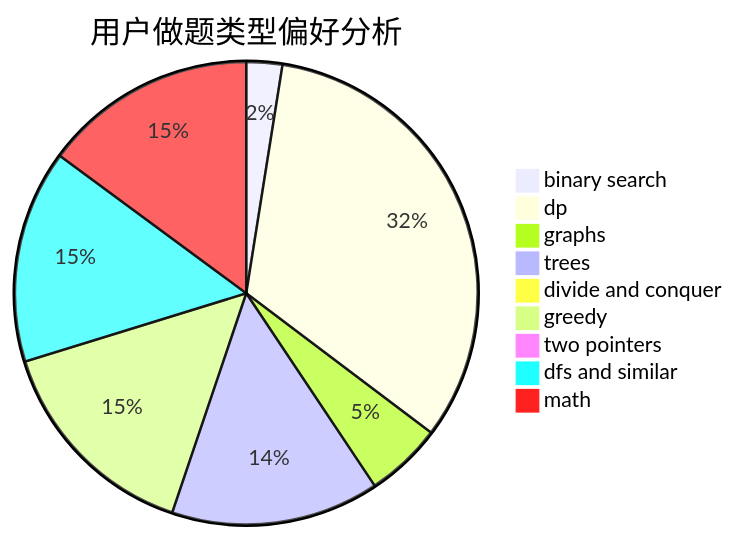
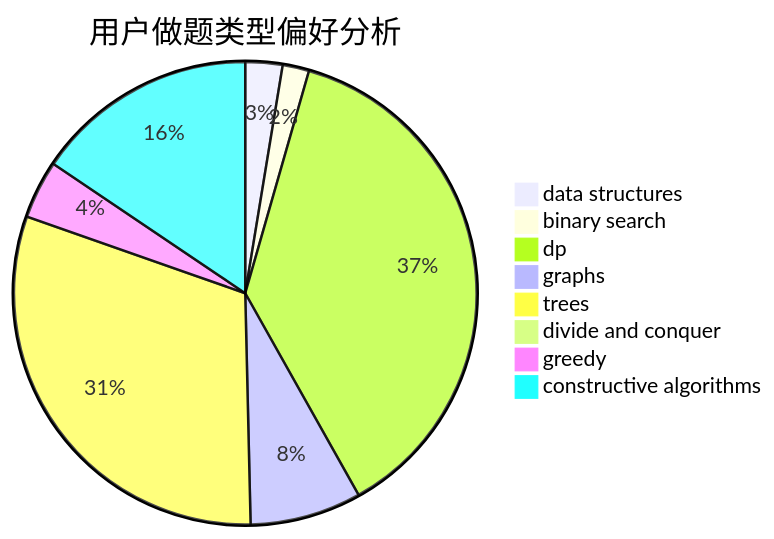
Before and after one commit to sherpahu/cfrs.github.io: the second of 3 diagrams in docs/user/u2555.md, drawn with Mermaid. The commit also changed other lines of this file and 2775 other files, not shown here.

````diff
--- a/docs/user/u2555.md
+++ b/docs/user/u2555.md
@@ -23,12 +23,11 @@
 ```mermaid
 pie title 用户做题类型偏好分析
-    "binary search" :  15
-    "dp" :  196
-    "graphs" :  32
-    "trees" :  87
+    "data structures" :  7
+    "binary search" :  5
+    "dp" :  101
+    "graphs" :  21
+    "trees" :  83
     "divide and conquer" :  0
-    "greedy" :  90
-    "two pointers" :  6
-    "dfs and similar" :  89
-    "math" :  89
+    "greedy" :  11
+    "constructive algorithms" :  42
 ```
````
